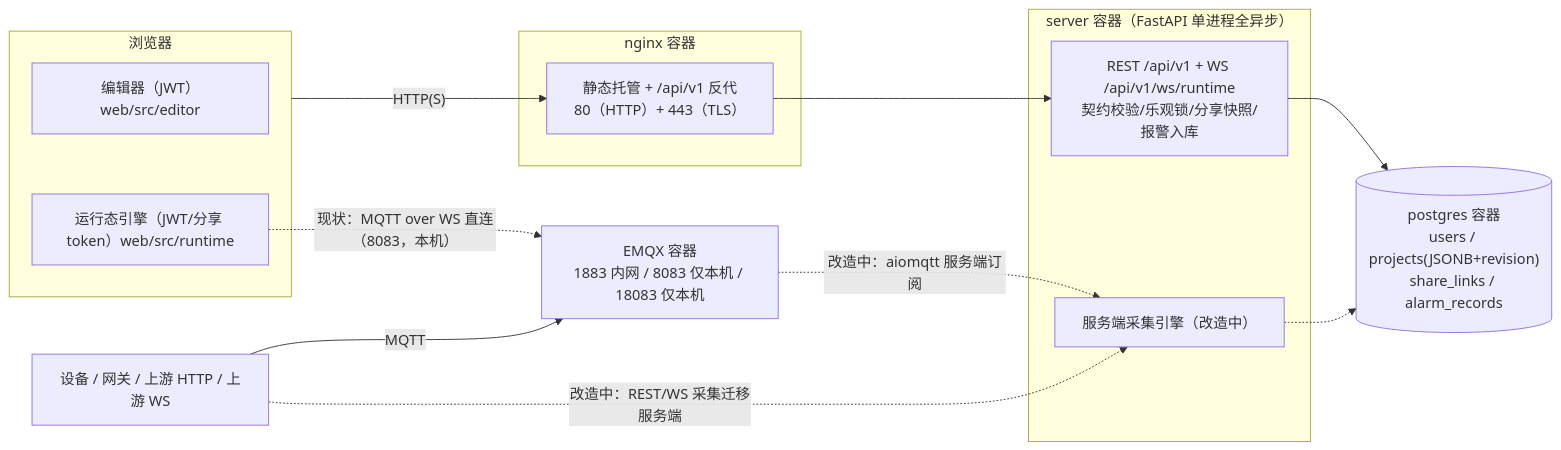
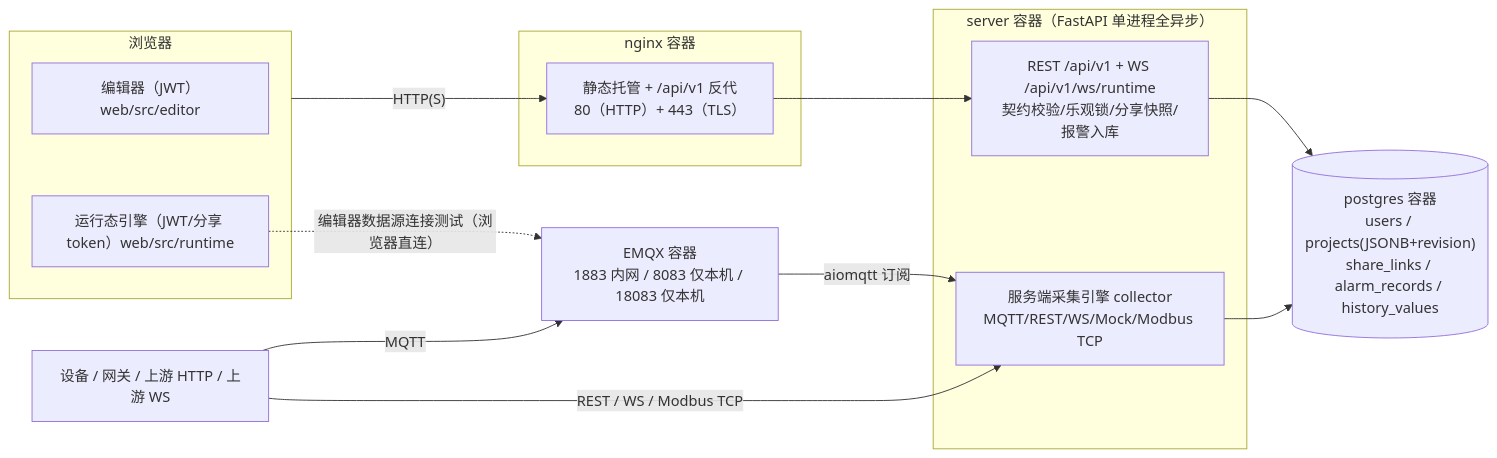
One commit to miaozeyun/webScada changed the diagram in README.md. Above: the diagram before and after it, drawn with Mermaid. The commit also changed other lines of this file and 97 other files, not shown here.

First line of the commit message:
webScada M9：对标 BY组态资产体系——75 图元库/我的图元/画面装饰与模板/表达式扩容与 _tick/画面强制旋转

````diff
--- a/README.md
+++ b/README.md
@@ -34,26 +34,26 @@
 ```mermaid
 flowchart LR
     subgraph browser["浏览器"]
         ED["编辑器（JWT）web/src/editor"]
         RT["运行态引擎（JWT/分享 token）web/src/runtime"]
     end
     subgraph ng["nginx 容器"]
         N1["静态托管 + /api/v1 反代<br/>80（HTTP）+ 443（TLS）"]
     end
     subgraph sv["server 容器（FastAPI 单进程全异步）"]
         API["REST /api/v1 + WS /api/v1/ws/runtime<br/>契约校验/乐观锁/分享快照/报警入库"]
-        COL["服务端采集引擎（改造中）"]
+        COL["服务端采集引擎 collector<br/>MQTT/REST/WS/Mock/Modbus TCP"]
     end
-    PG[("postgres 容器<br/>users / projects(JSONB+revision)<br/>share_links / alarm_records")]
+    PG[("postgres 容器<br/>users / projects(JSONB+revision)<br/>share_links / alarm_records / history_values")]
     EMQ["EMQX 容器<br/>1883 内网 / 8083 仅本机 / 18083 仅本机"]
     DEV["设备 / 网关 / 上游 HTTP / 上游 WS"]
 
     browser -- HTTP(S) --> N1
     N1 --> API
     API --> PG
-    RT -. "现状：MQTT over WS 直连（8083，本机）" .-> EMQ
+    RT -. "编辑器数据源连接测试（浏览器直连）" .-> EMQ
     DEV -- MQTT --> EMQ
-    EMQ -. "改造中：aiomqtt 服务端订阅" .-> COL
-    COL -.-> PG
-    DEV -. "改造中：REST/WS 采集迁移服务端" .-> COL
+    EMQ -- "aiomqtt 订阅" --> COL
+    COL --> PG
+    DEV -- "REST / WS / Modbus TCP" --> COL
 ```
````
